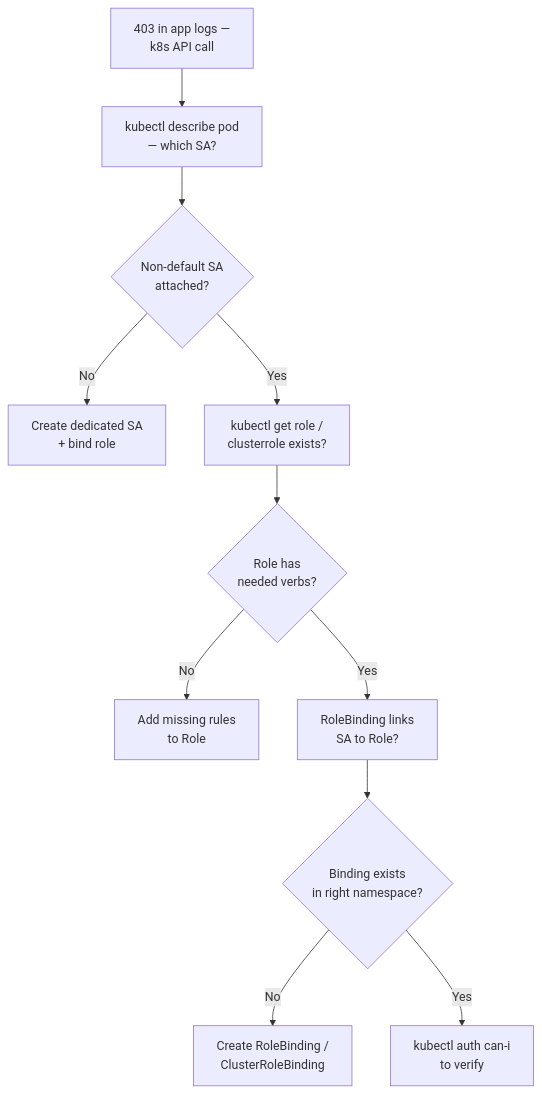
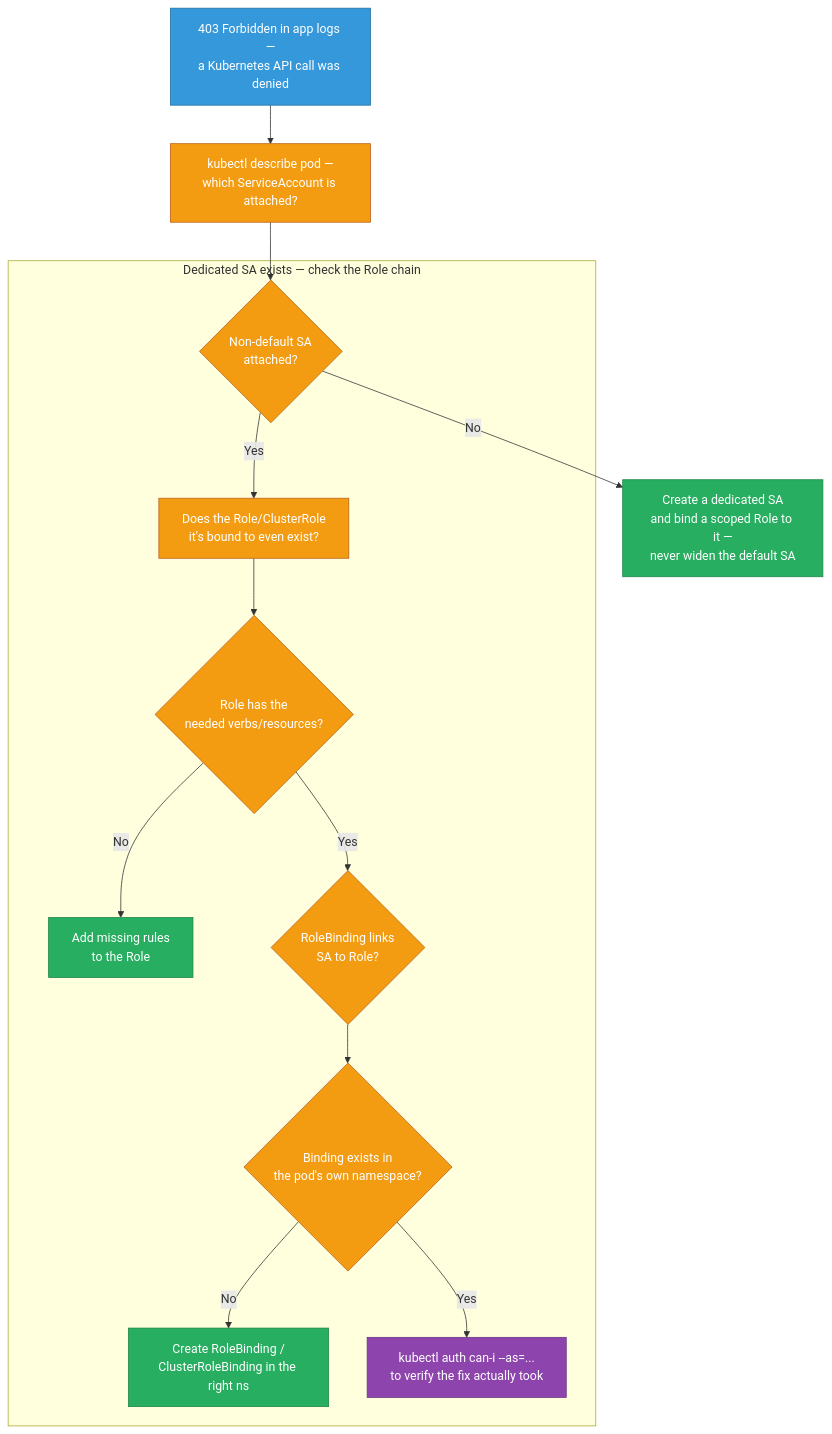
Before and after one commit to deepanshu-rawat6/DevOpsIndex: diagram 13 of 13 in sre/k8s-scenarios.md, drawn with Mermaid. The commit also changed other lines of this file and 7 other files, not shown here.

````diff
--- a/sre/k8s-scenarios.md
+++ b/sre/k8s-scenarios.md
@@ -1373,13 +1538,21 @@
 ```mermaid
 flowchart TD
-    A[403 in app logs —<br/>k8s API call] --> B[kubectl describe pod<br/>— which SA?]
-    B --> C{Non-default SA<br/>attached?}
-    C -- No --> D[Create dedicated SA<br/>+ bind role]
-    C -- Yes --> E[kubectl get role /<br/>clusterrole exists?]
-    E --> F{Role has<br/>needed verbs?}
-    F -- No --> G[Add missing rules<br/>to Role]
-    F -- Yes --> H[RoleBinding links<br/>SA to Role?]
-    H --> I{Binding exists<br/>in right namespace?}
-    I -- No --> J[Create RoleBinding /<br/>ClusterRoleBinding]
-    I -- Yes --> K[kubectl auth can-i<br/>to verify]
+    classDef start fill:#3498db,stroke:#2471a3,color:#fff
+    classDef check fill:#f39c12,stroke:#ba6018,color:#fff
+    classDef fix fill:#27ae60,stroke:#1e8449,color:#fff
+    classDef verify fill:#8e44ad,stroke:#6c3483,color:#fff
+
+    A["403 Forbidden in app logs —<br/>a Kubernetes API call was denied"]:::start --> B["kubectl describe pod —<br/>which ServiceAccount is attached?"]:::check
+    B --> C{"Non-default SA<br/>attached?"}:::check
+    C -- No --> D["Create a dedicated SA<br/>and bind a scoped Role to it —<br/>never widen the default SA"]:::fix
+
+    subgraph RoleBranch["Dedicated SA exists — check the Role chain"]
+        C -- Yes --> E["Does the Role/ClusterRole<br/>it's bound to even exist?"]:::check
+        E --> F{"Role has the<br/>needed verbs/resources?"}:::check
+        F -- No --> G["Add missing rules<br/>to the Role"]:::fix
+        F -- Yes --> H{"RoleBinding links<br/>SA to Role?"}:::check
+        H --> I{"Binding exists in<br/>the pod's own namespace?"}:::check
+        I -- No --> J["Create RoleBinding /<br/>ClusterRoleBinding in the right ns"]:::fix
+        I -- Yes --> K["kubectl auth can-i --as=...<br/>to verify the fix actually took"]:::verify
+    end
 ```
````
